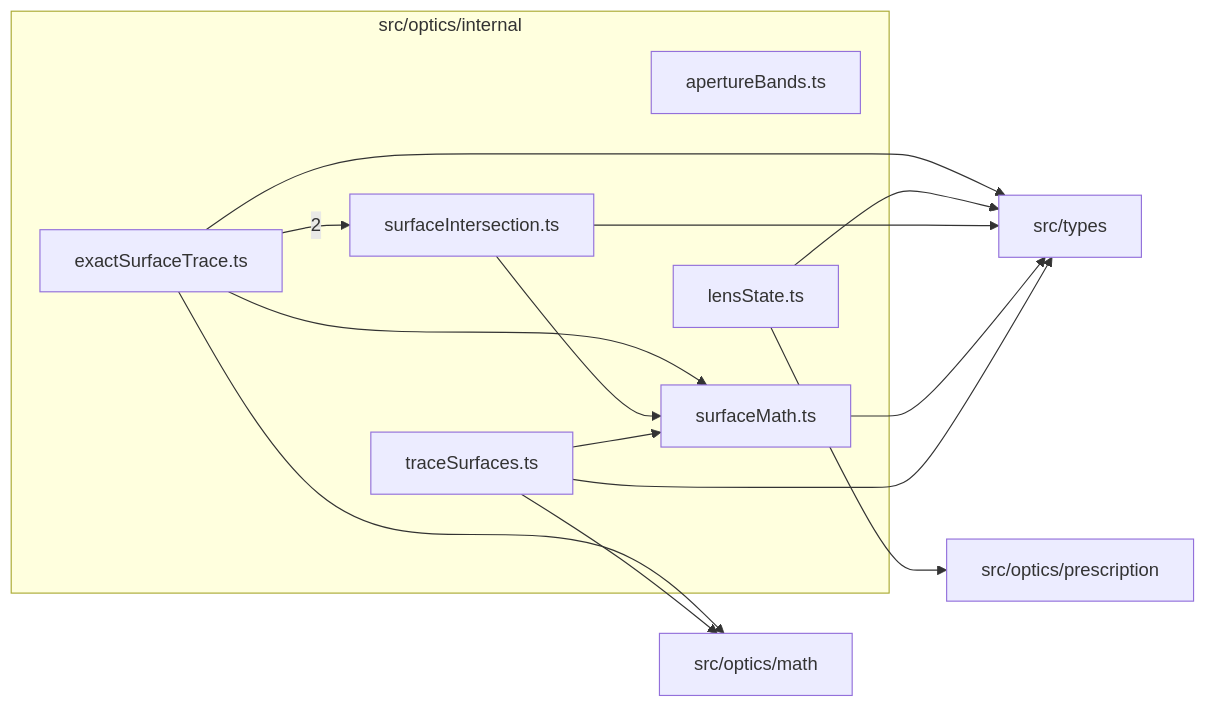
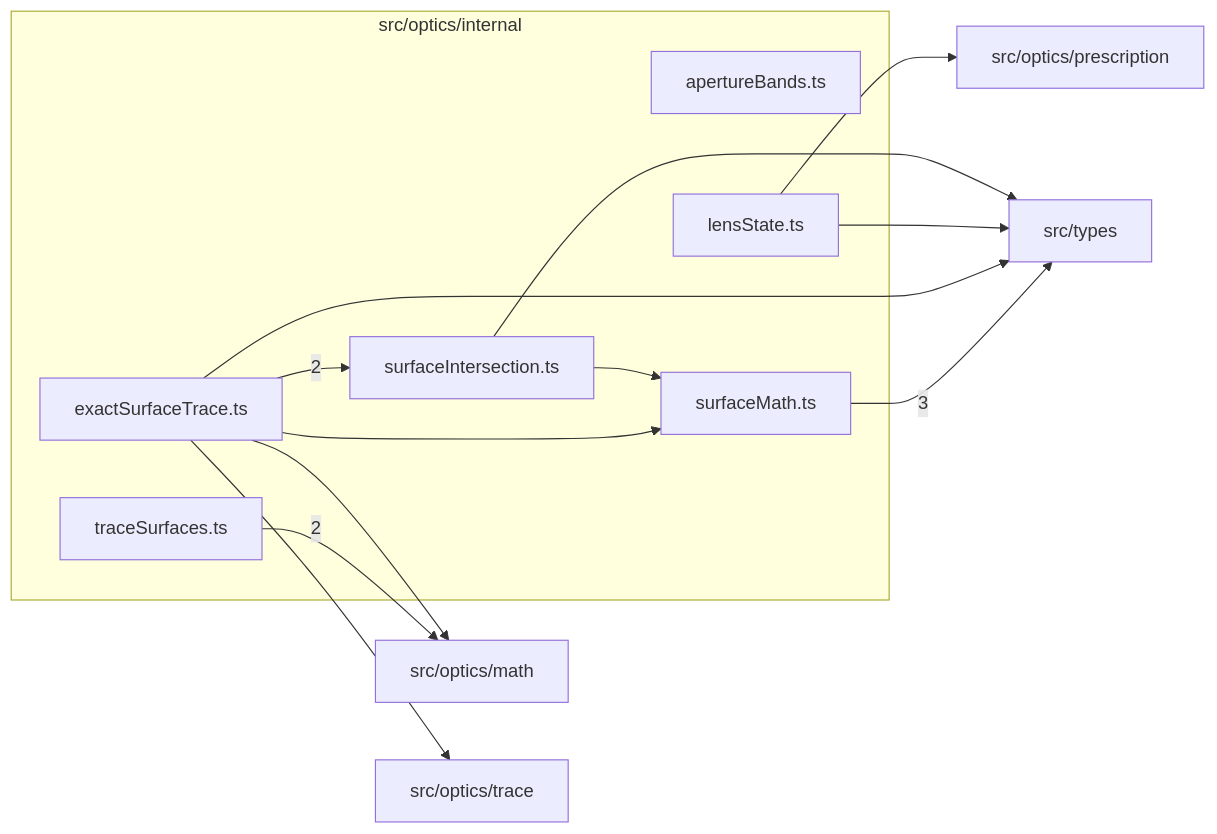
Before and after one commit to ronbuening/LensVisualizer: the diagram in src/optics/internal/readme.md, drawn with Mermaid. The commit also changed other lines of this file and 128 other files, not shown here.

````diff
--- a/src/optics/internal/readme.md
+++ b/src/optics/internal/readme.md
@@ -9,26 +9,26 @@
 ```mermaid
 flowchart LR
   subgraph n_src_optics_internal["src/optics/internal"]
     n_src_optics_internal_src_optics_internal_apertureBands_ts["apertureBands.ts"]
     n_src_optics_internal_src_optics_internal_exactSurfaceTrace_ts["exactSurfaceTrace.ts"]
     n_src_optics_internal_src_optics_internal_lensState_ts["lensState.ts"]
     n_src_optics_internal_src_optics_internal_surfaceIntersection_ts["surfaceIntersection.ts"]
     n_src_optics_internal_src_optics_internal_surfaceMath_ts["surfaceMath.ts"]
     n_src_optics_internal_src_optics_internal_traceSurfaces_ts["traceSurfaces.ts"]
   end
+  n_external_src_types["src/types"]
   n_external_src_optics_math["src/optics/math"]
   n_external_src_optics_prescription["src/optics/prescription"]
-  n_external_src_types["src/types"]
+  n_external_src_optics_trace["src/optics/trace"]
+  n_src_optics_internal_src_optics_internal_surfaceMath_ts --> |3| n_external_src_types
+  n_src_optics_internal_src_optics_internal_traceSurfaces_ts --> |2| n_external_src_optics_math
   n_src_optics_internal_src_optics_internal_exactSurfaceTrace_ts --> |2| n_src_optics_internal_src_optics_internal_surfaceIntersection_ts
   n_src_optics_internal_src_optics_internal_exactSurfaceTrace_ts --> n_external_src_optics_math
-  n_src_optics_internal_src_optics_internal_traceSurfaces_ts --> n_external_src_optics_math
   n_src_optics_internal_src_optics_internal_lensState_ts --> n_external_src_optics_prescription
+  n_src_optics_internal_src_optics_internal_exactSurfaceTrace_ts --> n_external_src_optics_trace
   n_src_optics_internal_src_optics_internal_exactSurfaceTrace_ts --> n_external_src_types
   n_src_optics_internal_src_optics_internal_lensState_ts --> n_external_src_types
   n_src_optics_internal_src_optics_internal_surfaceIntersection_ts --> n_external_src_types
-  n_src_optics_internal_src_optics_internal_surfaceMath_ts --> n_external_src_types
-  n_src_optics_internal_src_optics_internal_traceSurfaces_ts --> n_external_src_types
   n_src_optics_internal_src_optics_internal_exactSurfaceTrace_ts --> n_src_optics_internal_src_optics_internal_surfaceMath_ts
   n_src_optics_internal_src_optics_internal_surfaceIntersection_ts --> n_src_optics_internal_src_optics_internal_surfaceMath_ts
-  n_src_optics_internal_src_optics_internal_traceSurfaces_ts --> n_src_optics_internal_src_optics_internal_surfaceMath_ts
 ```
````
